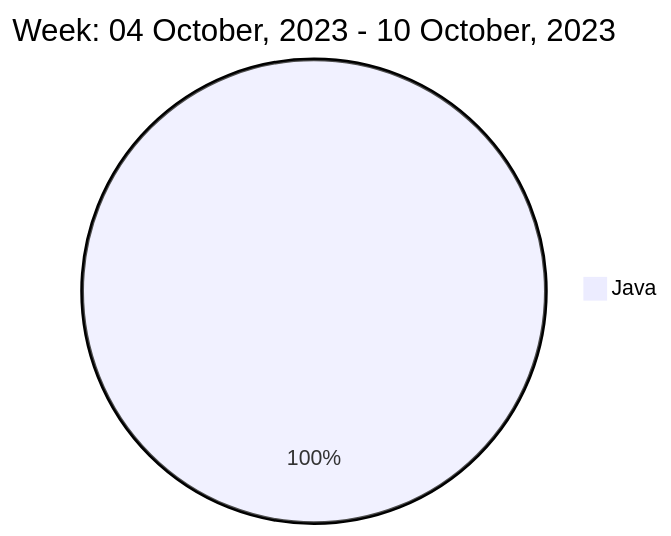
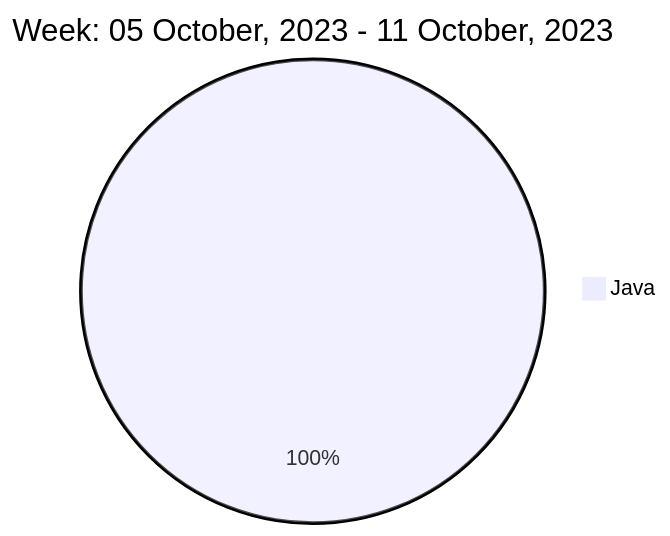
One commit to liubin95/liubin95 changed the diagram in README.md. Above: the diagram before and after it, drawn with Mermaid.

Commit message:
Updated the Graph with new Metrics

````diff
--- a/README.md
+++ b/README.md
@@ -40,5 +40,5 @@
 ```mermaid
  pie
-title Week: 04 October, 2023 - 10 October, 2023
- "Java" : 4.88
+title Week: 05 October, 2023 - 11 October, 2023
+ "Java" : 5.32
 ```
````
